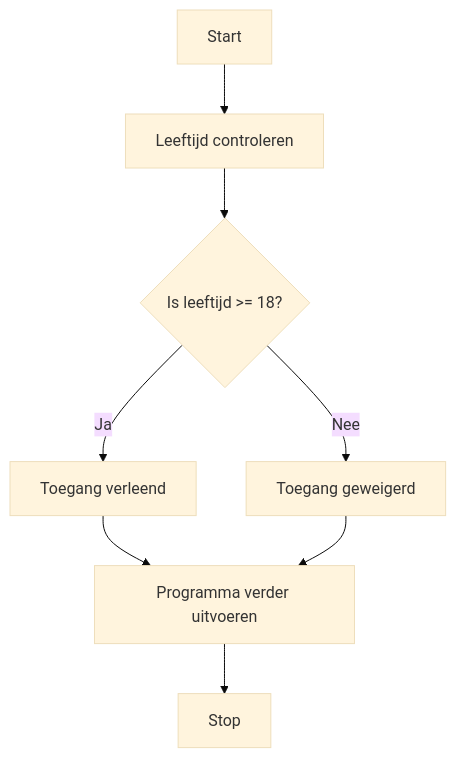
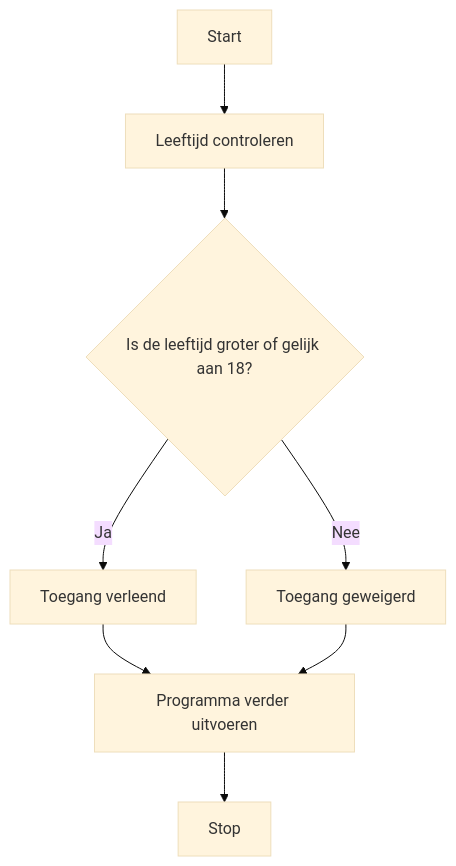
The diagram in content/2. Ondersteunende-informatie/3. Processen/4. Implementatieproces/2. Bouwen softwaresysteem/If-else/1. If-Else.md (Windesheim-HBO-ICT/Leerlijn-Content-SE), drawn with Mermaid (base theme) before and after one commit. The commit also changed other lines of this file and 4 other files, not shown here.

````diff
--- a/content/2. Ondersteunende-informatie/3. Processen/4. Implementatieproces/2. Bouwen softwaresysteem/If-else/1. If-Else.md
+++ b/content/2. Ondersteunende-informatie/3. Processen/4. Implementatieproces/2. Bouwen softwaresysteem/If-else/1. If-Else.md
@@ -55,10 +55,10 @@
 ```mermaid
 flowchart TD
     A[Start] --> B[Leeftijd controleren]
-    B --> C{Is leeftijd >= 18?}
+    B --> C{Is de leeftijd groter of gelijk aan 18?}
     C -- Ja --> D[Toegang verleend]
     C -- Nee --> E[Toegang geweigerd]
     D --> F[Programma verder uitvoeren]
     E --> F
     F --> G[Stop]
 ```
````
